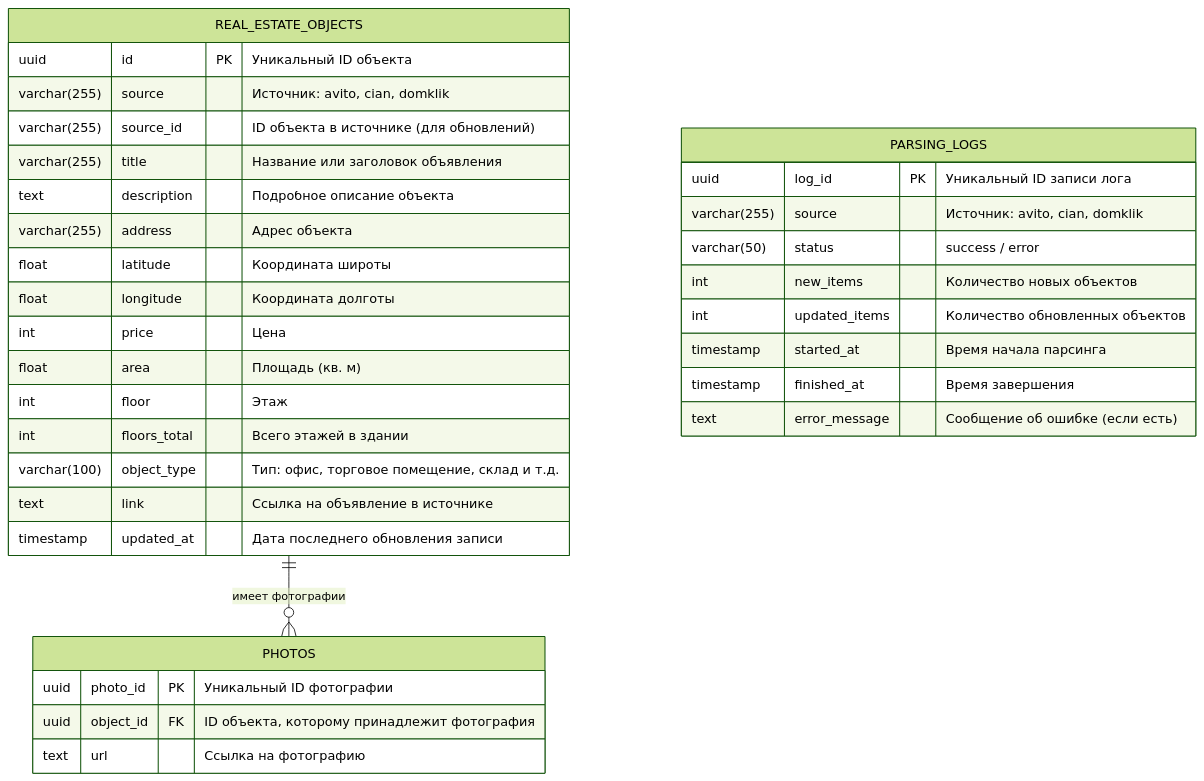
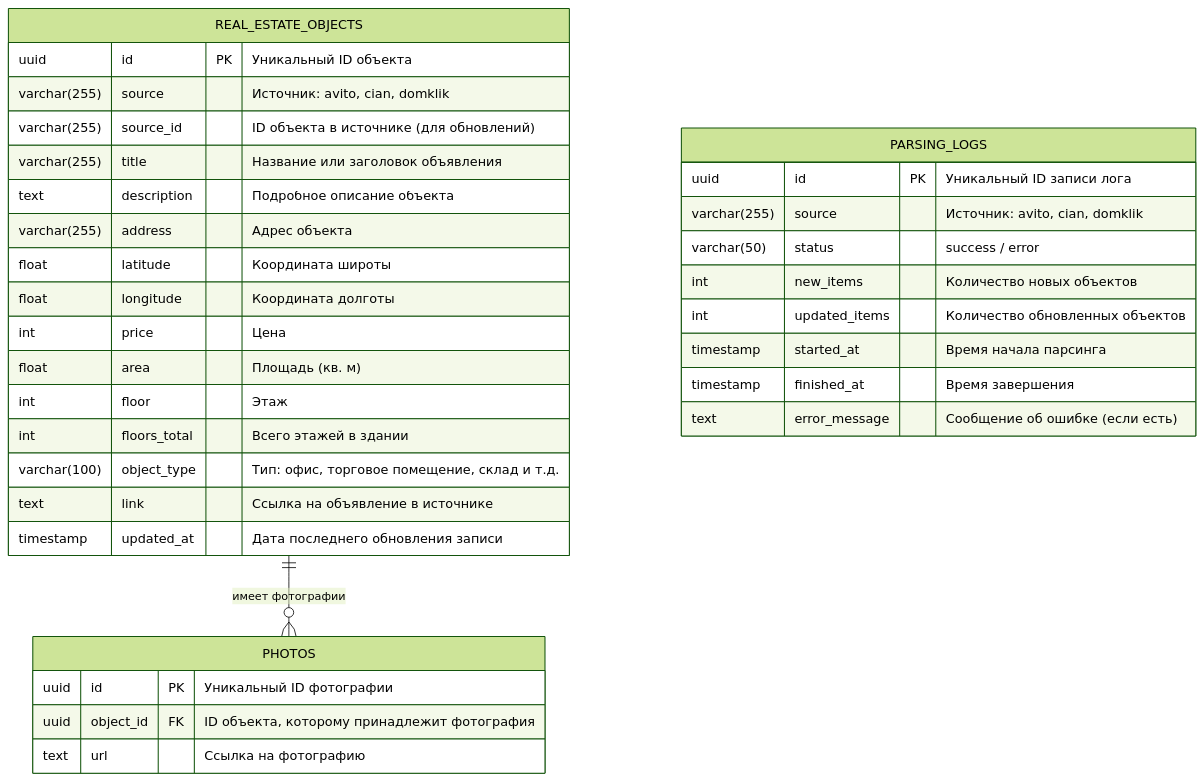
One commit to BruhWhyMeHaveNoIdea/hackathon changed the diagram in docs/database.md. Above: the diagram before and after it, drawn with Mermaid (forest theme).

````diff
--- a/docs/database.md
+++ b/docs/database.md
@@ -1,40 +1,40 @@
 ```mermaid
 erDiagram
 
     REAL_ESTATE_OBJECTS ||--o{ PHOTOS : "имеет фотографии"
 
     REAL_ESTATE_OBJECTS {
         uuid id PK "Уникальный ID объекта"
         varchar(255) source "Источник: avito, cian, domklik"
         varchar(255) source_id "ID объекта в источнике (для обновлений)"
         varchar(255) title "Название или заголовок объявления"
         text description "Подробное описание объекта"
         varchar(255) address "Адрес объекта"
         float latitude "Координата широты"
         float longitude "Координата долготы"
         int price "Цена"
         float area "Площадь (кв. м)"
         int floor "Этаж"
         int floors_total "Всего этажей в здании"
         varchar(100) object_type "Тип: офис, торговое помещение, склад и т.д."
         text link "Ссылка на объявление в источнике"
         timestamp updated_at "Дата последнего обновления записи"
     }
 
     PHOTOS {
-        uuid photo_id PK "Уникальный ID фотографии"
+        uuid id PK "Уникальный ID фотографии"
         uuid object_id FK "ID объекта, которому принадлежит фотография"
         text url "Ссылка на фотографию"
     }
 
     PARSING_LOGS {
-        uuid log_id PK "Уникальный ID записи лога"
+        uuid id PK "Уникальный ID записи лога"
         varchar(255) source "Источник: avito, cian, domklik"
         varchar(50) status "success / error"
         int new_items "Количество новых объектов"
         int updated_items "Количество обновленных объектов"
         timestamp started_at "Время начала парсинга"
         timestamp finished_at "Время завершения"
         text error_message "Сообщение об ошибке (если есть)"
     }
 ```
````
